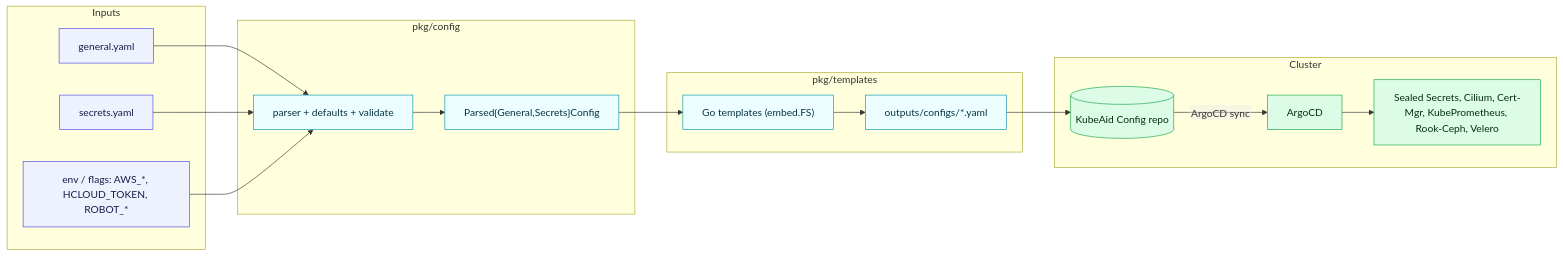
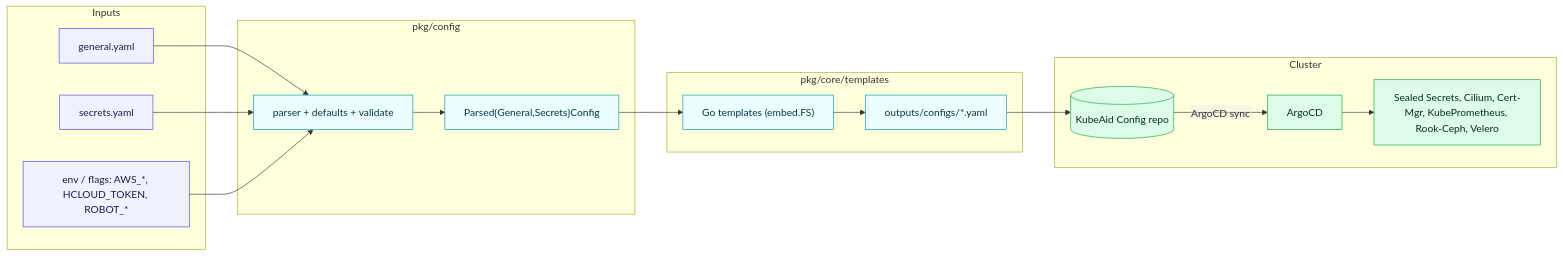
One commit to Obmondo/kubeaid-cli changed the third of 11 diagrams in docs/architecture.md. Above: the diagram before and after it, drawn with Mermaid. The commit also changed other lines of this file and 10 other files, not shown here.

First line of the commit message:
docs: fix architecture drift, regenerate config artifacts, guard generators in CI

````diff
--- a/docs/architecture.md
+++ b/docs/architecture.md
@@ -140,42 +142,42 @@
 ```mermaid
 %%{init: {'flowchart': {'htmlLabels': false}}}%%
 flowchart LR
   subgraph IN["Inputs"]
     gy["general.yaml"]
     sy["secrets.yaml"]
     env["env / flags: AWS_*, HCLOUD_TOKEN, ROBOT_*"]
   end
 
   subgraph PARSE["pkg/config"]
     parser["parser + defaults + validate"]
     psg["Parsed{General,Secrets}Config"]
   end
 
-  subgraph RENDER["pkg/templates"]
+  subgraph RENDER["pkg/core/templates"]
     tpl["Go templates (embed.FS)"]
     out["outputs/configs/*.yaml"]
   end
 
   subgraph DEPLOY["Cluster"]
     repo[("KubeAid Config repo")]
     argo["ArgoCD"]
     addons["Sealed Secrets, Cilium, Cert-Mgr, KubePrometheus, Rook-Ceph, Velero"]
   end
 
   gy --> parser
   sy --> parser
   env --> parser
   parser --> psg
   psg --> tpl
   tpl --> out
   out --> repo
   repo -- "ArgoCD sync" --> argo
   argo --> addons
 
   classDef in fill:#eef2ff,stroke:#4f46e5,color:#1e1b4b;
   classDef mid fill:#ecfeff,stroke:#0891b2,color:#083344;
   classDef out fill:#dcfce7,stroke:#16a34a,color:#052e16;
   class gy,sy,env in;
   class parser,psg,tpl,out mid;
   class repo,argo,addons out;
 ```
````
